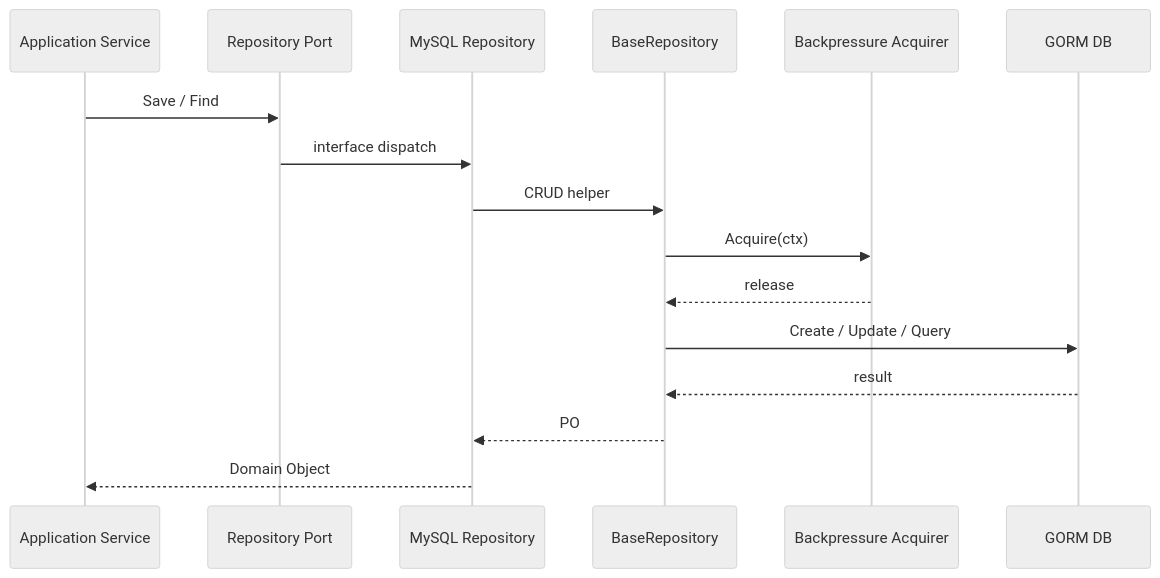
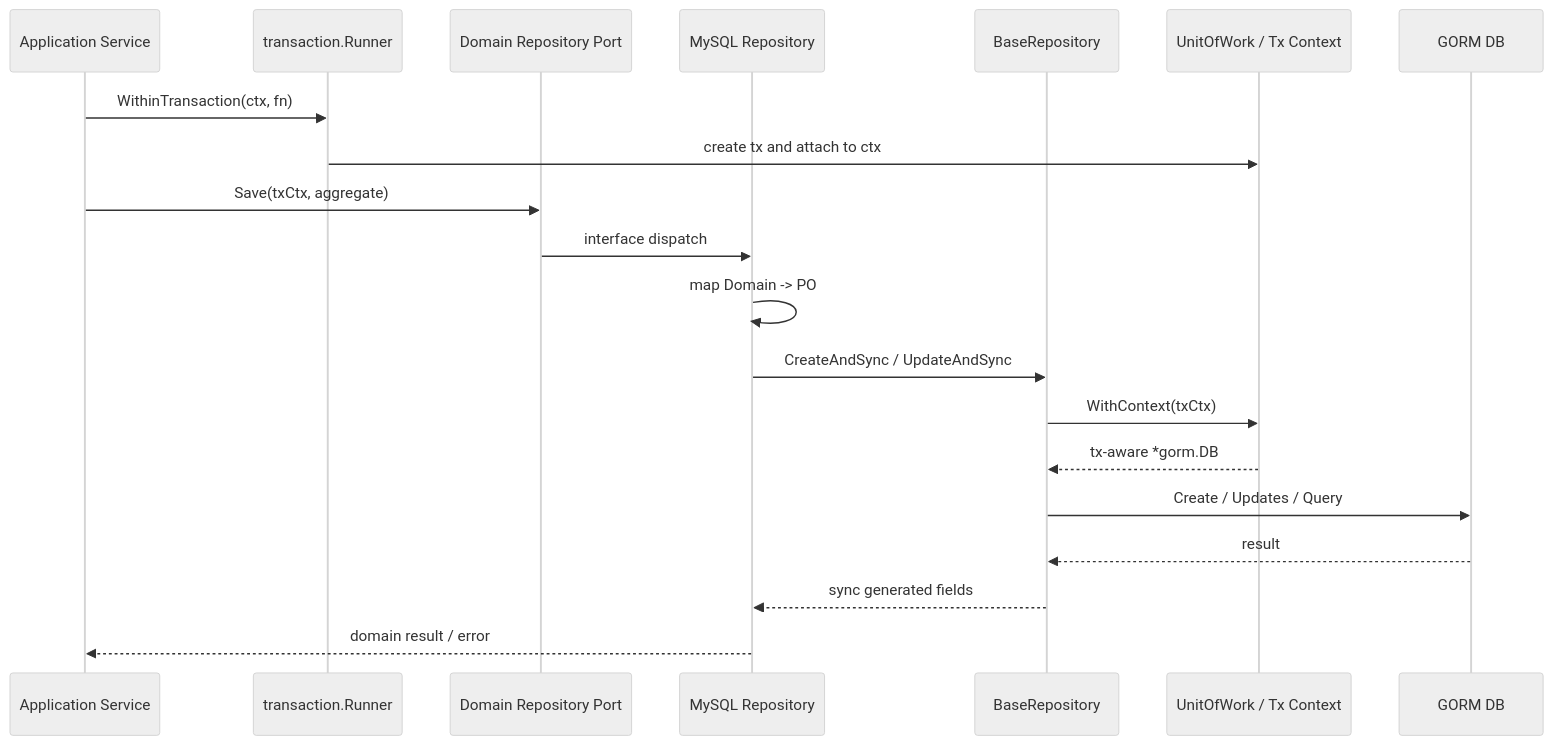
Before and after one commit to FangcunMount/qs-server: the first of 3 diagrams in docs/03-基础设施/data-access/01-MySQL仓储与UnitOfWork.md, drawn with Mermaid (neutral theme). The commit also changed other lines of this file and 6 other files, not shown here.

````diff
--- a/docs/03-基础设施/data-access/01-MySQL仓储与UnitOfWork.md
+++ b/docs/03-基础设施/data-access/01-MySQL仓储与UnitOfWork.md
@@ -16,19 +64,23 @@
 ```mermaid
 sequenceDiagram
     participant App as Application Service
-    participant Port as Repository Port
-    participant Repo as MySQL Repository
+    participant Runner as transaction.Runner
+    participant Repo as Domain Repository Port
+    participant MyRepo as MySQL Repository
     participant Base as BaseRepository
-    participant BP as Backpressure Acquirer
+    participant UOW as UnitOfWork / Tx Context
     participant DB as GORM DB
 
-    App->>Port: Save / Find
-    Port->>Repo: interface dispatch
-    Repo->>Base: CRUD helper
-    Base->>BP: Acquire(ctx)
-    BP-->>Base: release
-    Base->>DB: Create / Update / Query
+    App->>Runner: WithinTransaction(ctx, fn)
+    Runner->>UOW: create tx and attach to ctx
+    App->>Repo: Save(txCtx, aggregate)
+    Repo->>MyRepo: interface dispatch
+    MyRepo->>MyRepo: map Domain -> PO
+    MyRepo->>Base: CreateAndSync / UpdateAndSync
+    Base->>UOW: WithContext(txCtx)
+    UOW-->>Base: tx-aware *gorm.DB
+    Base->>DB: Create / Updates / Query
     DB-->>Base: result
-    Base-->>Repo: PO
-    Repo-->>App: Domain Object
+    Base-->>MyRepo: sync generated fields
+    MyRepo-->>App: domain result / error
 ```
````
